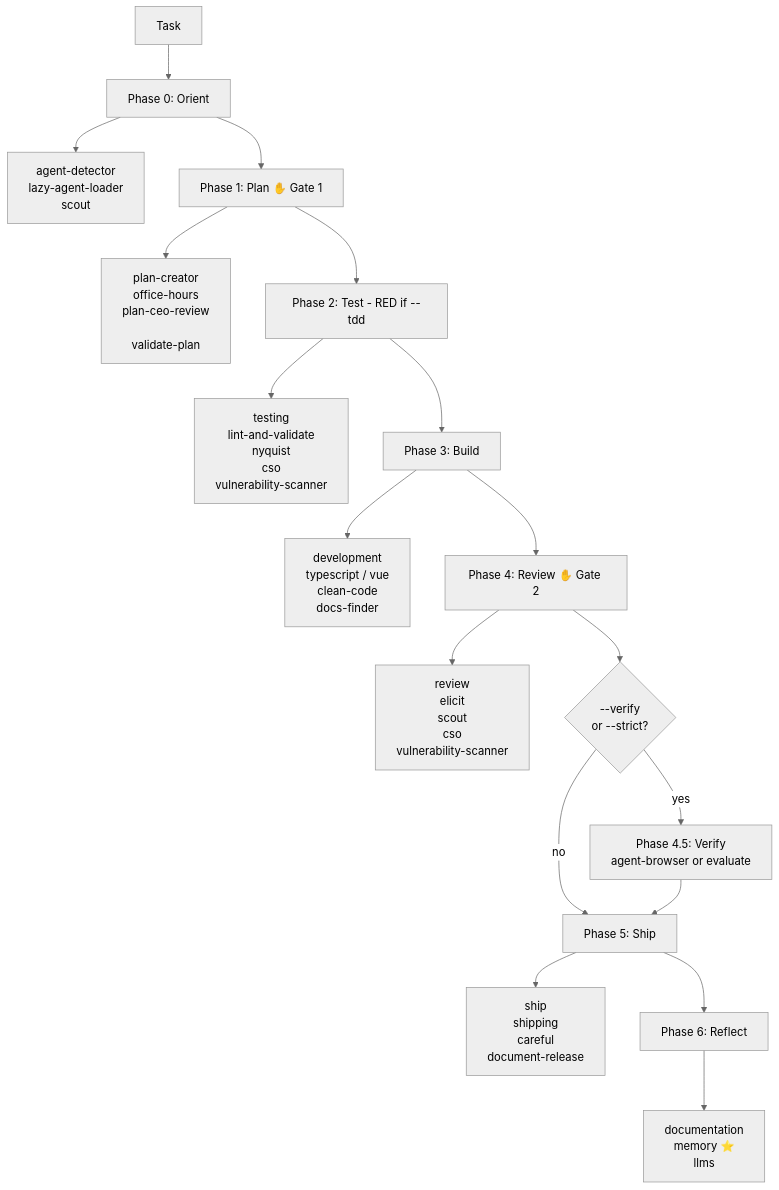
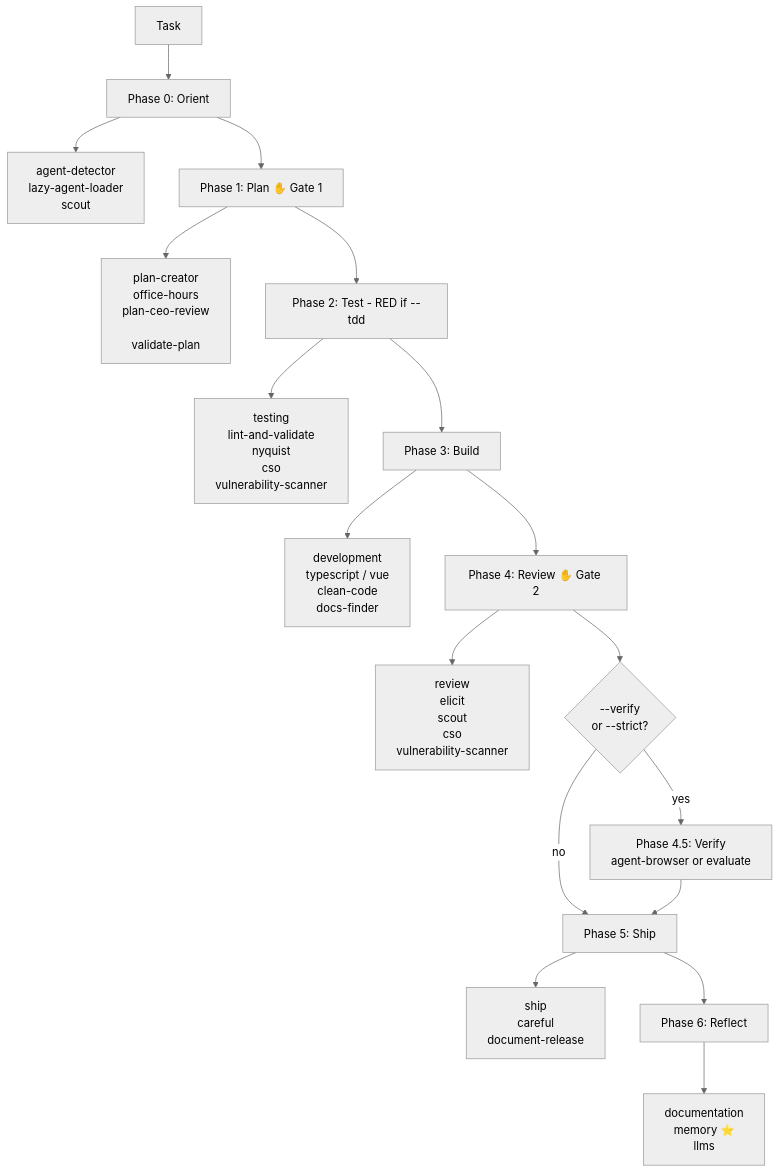
The diagram in website/guide/agent-skill-architecture.md (ngocsangyem/MeowKit), drawn with Mermaid (neutral theme) before and after one commit. The commit also changed other lines of this file and 44 other files, not shown here.

````diff
--- a/website/guide/agent-skill-architecture.md
+++ b/website/guide/agent-skill-architecture.md
@@ -101,26 +103,26 @@
 ```mermaid
 flowchart TD
     T[Task] --> P0[Phase 0: Orient]
     P0 --> S0[agent-detector\nlazy-agent-loader\nscout]
 
     P0 --> P1[Phase 1: Plan ✋ Gate 1]
     P1 --> S1[plan-creator\noffice-hours\nplan-ceo-review\n\nvalidate-plan]
 
     P1 --> P2[Phase 2: Test - RED if --tdd]
     P2 --> S2[testing\nlint-and-validate\nnyquist\ncso\nvulnerability-scanner]
 
     P2 --> P3[Phase 3: Build]
     P3 --> S3[development\ntypescript / vue\nclean-code\ndocs-finder]
 
     P3 --> P4[Phase 4: Review ✋ Gate 2]
     P4 --> S4[review\nelicit\nscout\ncso\nvulnerability-scanner]
 
     P4 --> P45{--verify\nor --strict?}
     P45 -->|yes| V45[Phase 4.5: Verify\nagent-browser or evaluate]
     P45 -->|no| P5[Phase 5: Ship]
     V45 --> P5
-    P5 --> S5[ship\nshipping\ncareful\ndocument-release]
+    P5 --> S5[ship\ncareful\ndocument-release]
 
     P5 --> P6[Phase 6: Reflect]
     P6 --> S6[documentation\nmemory ⭐\nllms]
 ```
````
